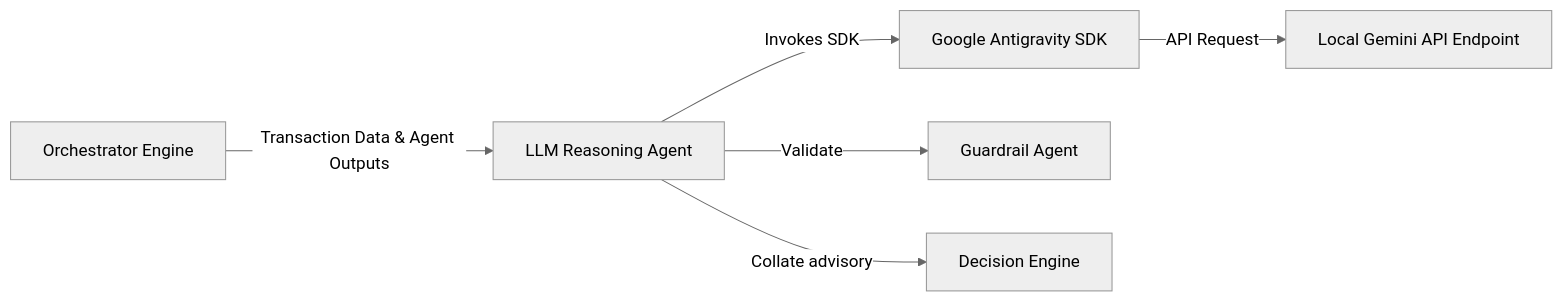
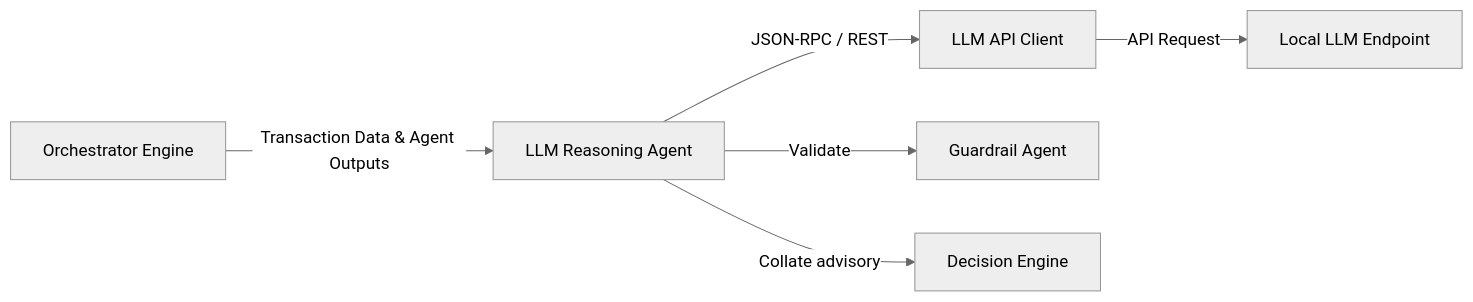
One commit to print-ramcharan/multi-agent-fraud-detection changed the diagram in Agents/llm_reasoning_agent.md. Above: the diagram before and after it, drawn with Mermaid (neutral theme). The commit also changed other lines of this file, not shown here.

Commit message:
docs: update llm reasoning agent topology diagram to show generic LLM endpoint

````diff
--- a/Agents/llm_reasoning_agent.md
+++ b/Agents/llm_reasoning_agent.md
@@ -12,8 +12,8 @@
 ```mermaid
 graph LR
     Orch["Orchestrator Engine"] -->|Transaction Data & Agent Outputs| Agent["LLM Reasoning Agent"]
-    Agent -->|Invokes SDK| SDK["Google Antigravity SDK"]
-    SDK -->|API Request| LLM["Local Gemini API Endpoint"]
+    Agent -->|JSON-RPC / REST| API["LLM API Client"]
+    API -->|API Request| LLM["Local LLM Endpoint"]
     Agent -->|Validate| Guard["Guardrail Agent"]
     Agent -->|Collate advisory| Engine["Decision Engine"]
 ```
````
